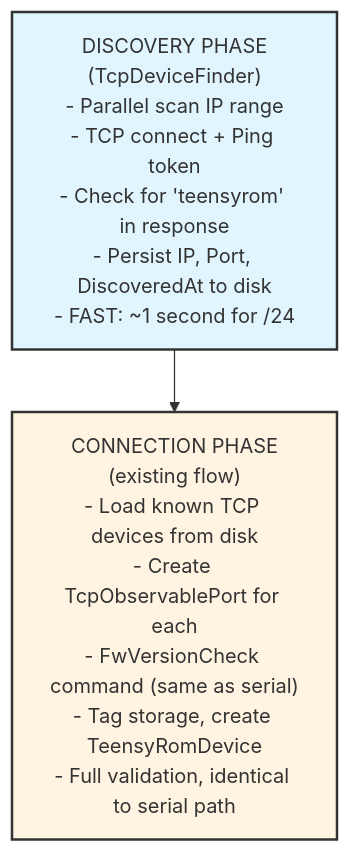
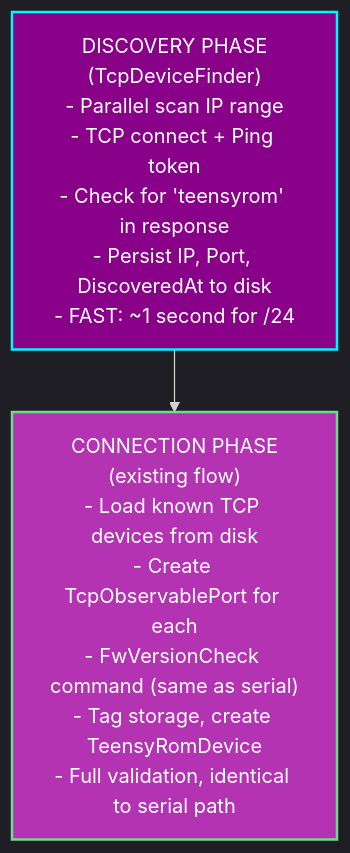
One commit to MetalHexx/TeensyROM-Web changed the third of 3 diagrams in src/docs/projects/tcp/TCP_BRAINSTORMING.md. Above: the diagram before and after it, drawn with Mermaid. The commit also changed other lines of this file and 2 other files, not shown here.

````diff
--- a/src/docs/projects/tcp/TCP_BRAINSTORMING.md
+++ b/src/docs/projects/tcp/TCP_BRAINSTORMING.md
@@ -224,10 +238,11 @@
 ```mermaid
+%%{init: {'theme': 'dark', 'primaryColor': '#890089', 'primaryBorderColor': '#b333b3', 'primaryTextColor': '#fff', 'secondaryColor': '#00f7ff', 'tertiaryColor': '#6fdc8c', 'lineColor': '#656363', 'tertiaryTextColor': '#000'}}%%
 graph TD
     DISC["DISCOVERY PHASE<br/>(TcpDeviceFinder)<br/>- Parallel scan IP range<br/>- TCP connect + Ping token<br/>- Check for 'teensyrom' in response<br/>- Persist IP, Port, DiscoveredAt to disk<br/>- FAST: ~1 second for /24"]
     CONN["CONNECTION PHASE<br/>(existing flow)<br/>- Load known TCP devices from disk<br/>- Create TcpObservablePort for each<br/>- FwVersionCheck command (same as serial)<br/>- Tag storage, create TeensyRomDevice<br/>- Full validation, identical to serial path"]
     
     DISC --> CONN
     
-    style DISC fill:#e1f5ff,stroke:#333,stroke-width:2px
-    style CONN fill:#fff4e1,stroke:#333,stroke-width:2px
+    style DISC fill:#890089,stroke:#00f7ff,stroke-width:2px,color:#fff
+    style CONN fill:#b333b3,stroke:#6fdc8c,stroke-width:2px,color:#fff
 ```
````
